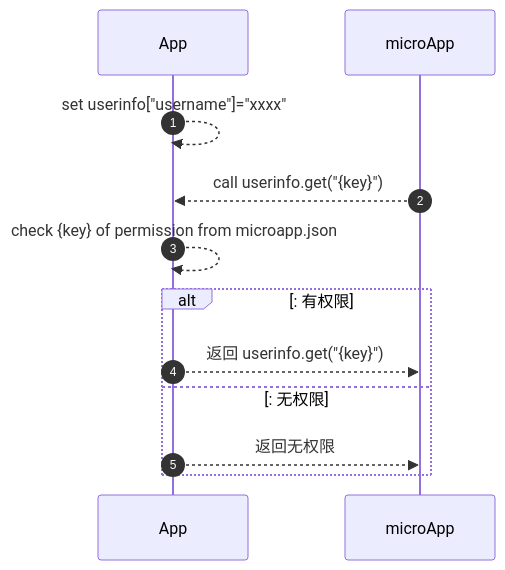
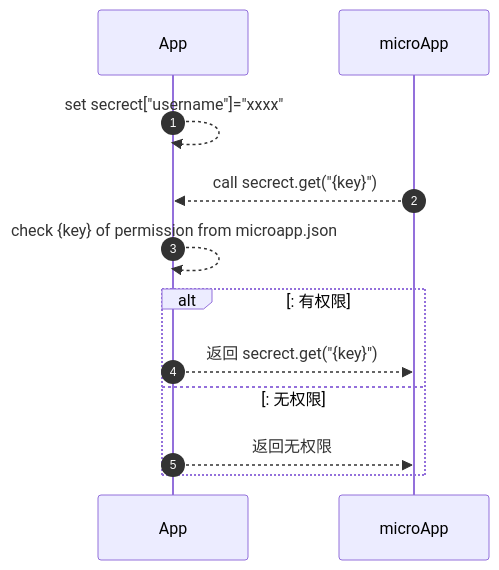
One commit to zk4/x-engine changed the second of 3 diagrams in modules/x-engine-docs/安全设计.md. Above: the diagram before and after it, drawn with Mermaid. The commit also changed other lines of this file, not shown here.

````diff
--- a/modules/x-engine-docs/安全设计.md
+++ b/modules/x-engine-docs/安全设计.md
@@ -104,15 +104,15 @@
 ``` mermaid
 sequenceDiagram
 	  autonumber
     participant a as App
     participant m as microApp
-    a-->>a: set userinfo["username"]="xxxx"
-    m-->>a: call userinfo.get("{key}")
+    a-->>a: set secrect["username"]="xxxx"
+    m-->>a: call secrect.get("{key}")
     a-->>a: check {key} of permission from microapp.json
     alt: 有权限
-    a-->>m: 返回 userinfo.get("{key}")
+    a-->>m: 返回 secrect.get("{key}")
     else: 无权限
     a-->>m: 返回无权限
 		end
 
 ```
````
